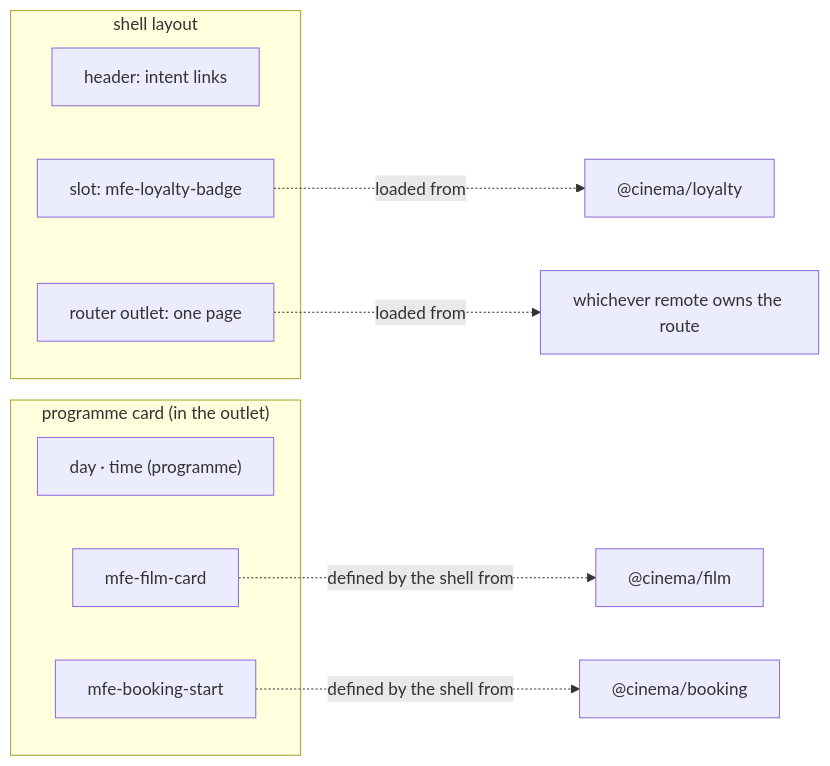
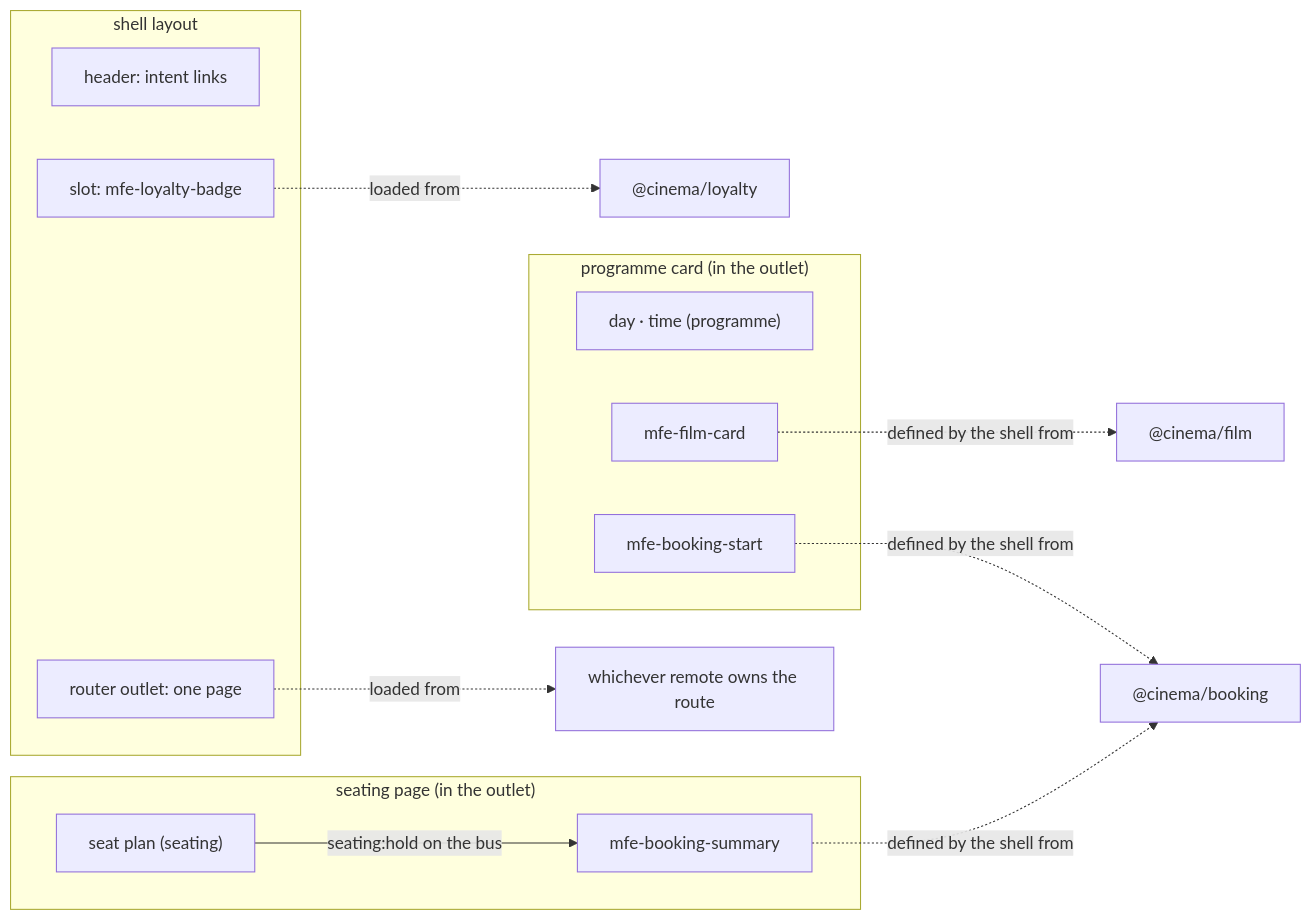
One commit to native-federation/playground changed the second of 2 diagrams in angular/cinema/docs/architecture.md. Above: the diagram before and after it, drawn with Mermaid. The commit also changed other lines of this file and 30 other files, not shown here.

First line of the commit message:
feat(cinema): move the "Your seats" card to booking, fed by seating:hold

````diff
--- a/angular/cinema/docs/architecture.md
+++ b/angular/cinema/docs/architecture.md
@@ -236,17 +238,23 @@
 ```mermaid
 flowchart LR
     subgraph Layout["shell layout"]
         H["header: intent links"]
         B["slot: mfe-loyalty-badge"]
         P["router outlet: one page"]
     end
     subgraph Card["programme card (in the outlet)"]
         T["day · time (programme)"]
         F["mfe-film-card"]
         K["mfe-booking-start"]
     end
     B -. "loaded from" .-> LOY["@cinema/loyalty"]
     P -. "loaded from" .-> ANY["whichever remote owns the route"]
+    subgraph Plan["seating page (in the outlet)"]
+        SP["seat plan (seating)"]
+        S["mfe-booking-summary"]
+    end
     F -. "defined by the shell from" .-> FILM["@cinema/film"]
     K -. "defined by the shell from" .-> BOOK["@cinema/booking"]
+    S -. "defined by the shell from" .-> BOOK
+    SP -- "seating:hold on the bus" --> S
 ```
````
